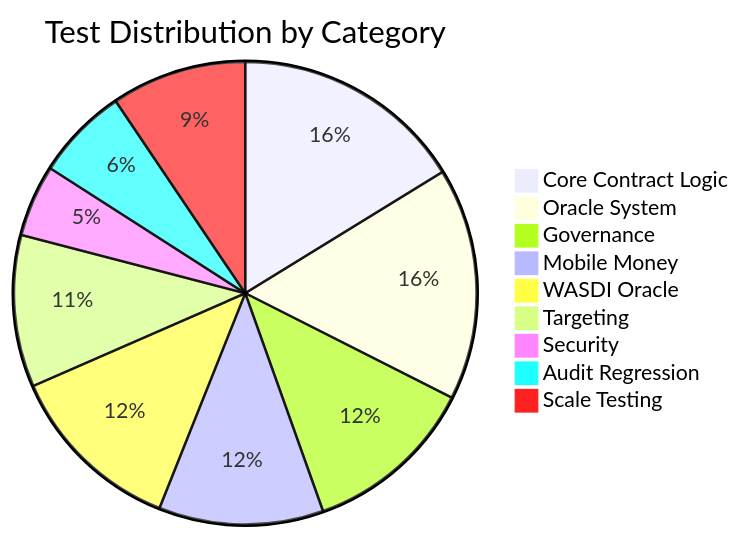
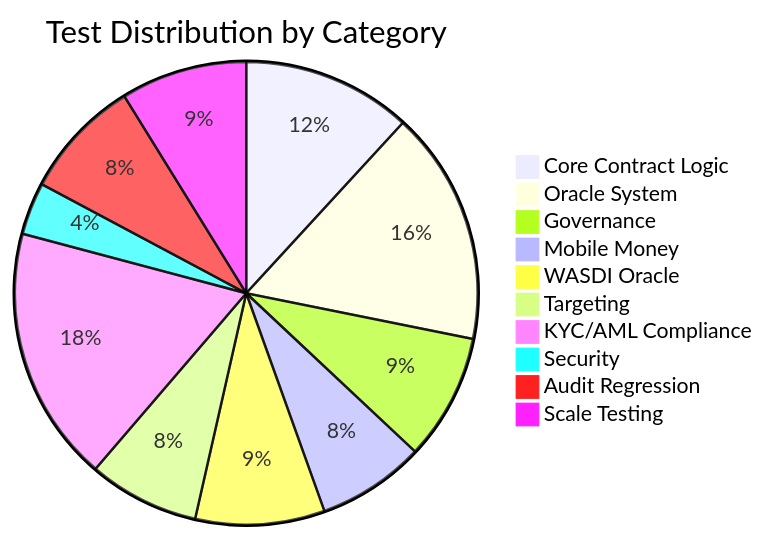
Before and after one commit to loxadim/flood-prediction-smart-contract: the diagram in docs/SMART_CONTRACT_TEST_RESULTS.md, drawn with Mermaid. The commit also changed other lines of this file and 2 other files, not shown here.

````diff
--- a/docs/SMART_CONTRACT_TEST_RESULTS.md
+++ b/docs/SMART_CONTRACT_TEST_RESULTS.md
@@ -92,12 +96,13 @@
 ```mermaid
 pie title Test Distribution by Category
     "Core Contract Logic" : 55
-    "Oracle System" : 55
+    "Oracle System" : 76
     "Governance" : 41
-    "Mobile Money" : 39
+    "Mobile Money" : 35
     "WASDI Oracle" : 42
     "Targeting" : 36
+    "KYC/AML Compliance" : 83
     "Security" : 17
-    "Audit Regression" : 22
-    "Scale Testing" : 32
+    "Audit Regression" : 39
+    "Scale Testing" : 41
 ```
````
